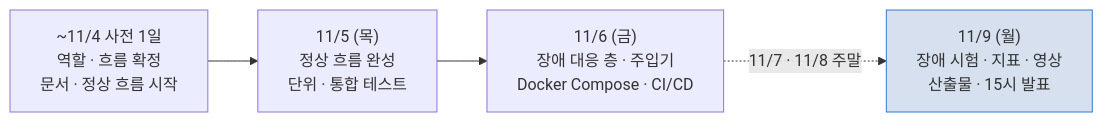
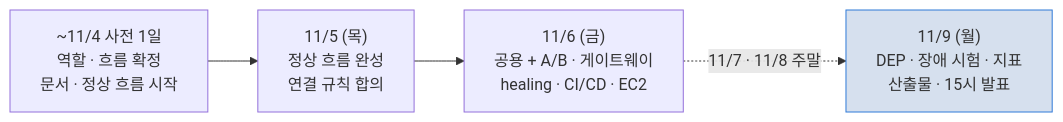
Before and after one commit to 931njhthe-star/moa: the eighth of 8 diagrams in docs/기획서.md, drawn with Mermaid. The commit also changed other lines of this file and 1 other file, not shown here.

````diff
--- a/docs/기획서.md
+++ b/docs/기획서.md
@@ -258,7 +295,7 @@
 ```mermaid
 flowchart LR
-    P["~11/4 사전 1일<br/>역할 · 흐름 확정<br/>문서 · 정상 흐름 시작"] --> D1["11/5 (목)<br/>정상 흐름 완성<br/>단위 · 통합 테스트"]
-    D1 --> D2["11/6 (금)<br/>장애 대응 층 · 주입기<br/>Docker Compose · CI/CD"]
-    D2 -.->|"11/7 · 11/8 주말"| D3["11/9 (월)<br/>장애 시험 · 지표 · 영상<br/>산출물 · 15시 발표"]
+    P["~11/4 사전 1일<br/>역할 · 흐름 확정<br/>문서 · 정상 흐름 시작"] --> D1["11/5 (목)<br/>정상 흐름 완성<br/>연결 규칙 합의"]
+    D1 --> D2["11/6 (금)<br/>공용 + A/B · 게이트웨이<br/>healing · CI/CD · EC2"]
+    D2 -.->|"11/7 · 11/8 주말"| D3["11/9 (월)<br/>DEP · 장애 시험 · 지표<br/>산출물 · 15시 발표"]
     style D3 fill:#D6E0EE,stroke:#2F7AD8
 ```
````
